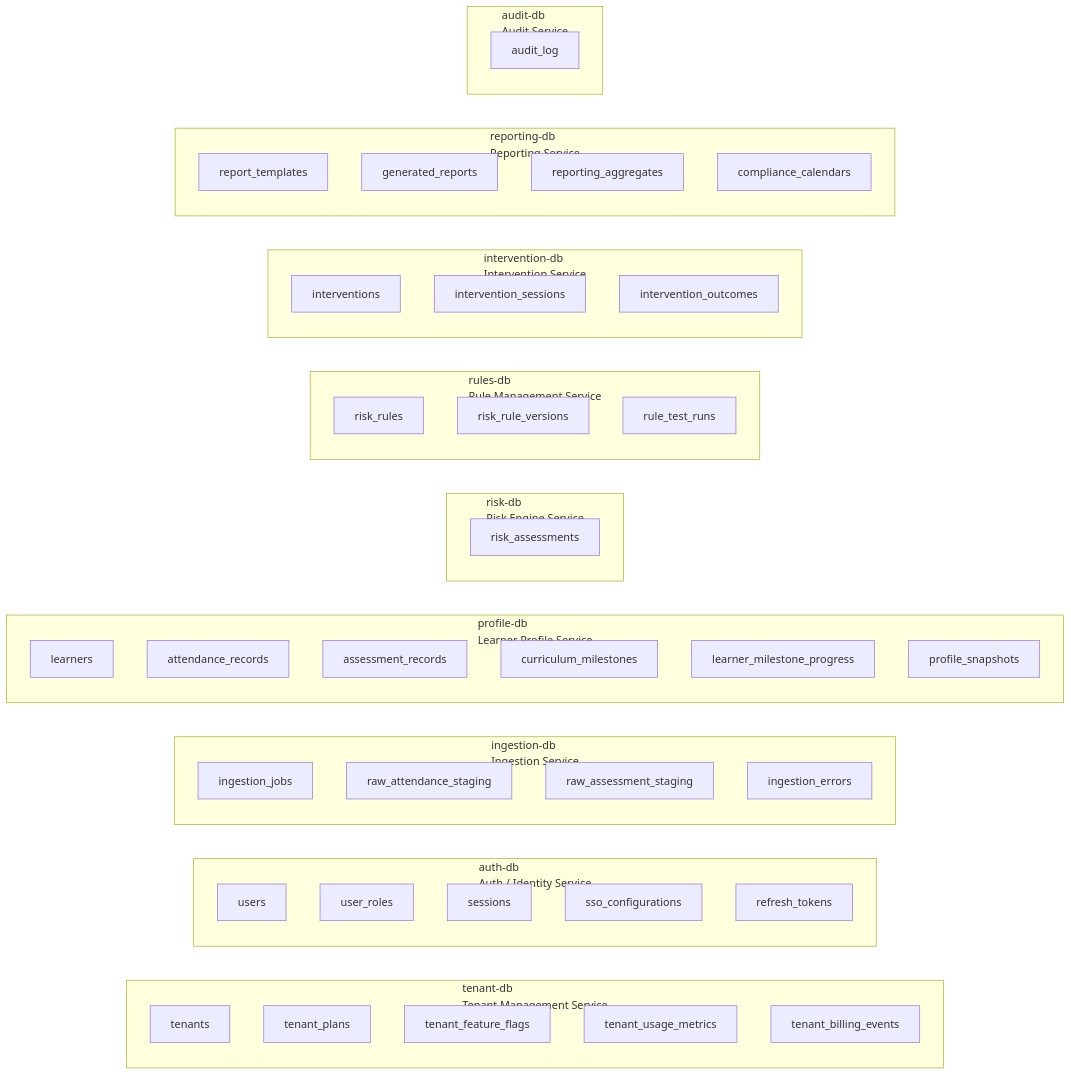
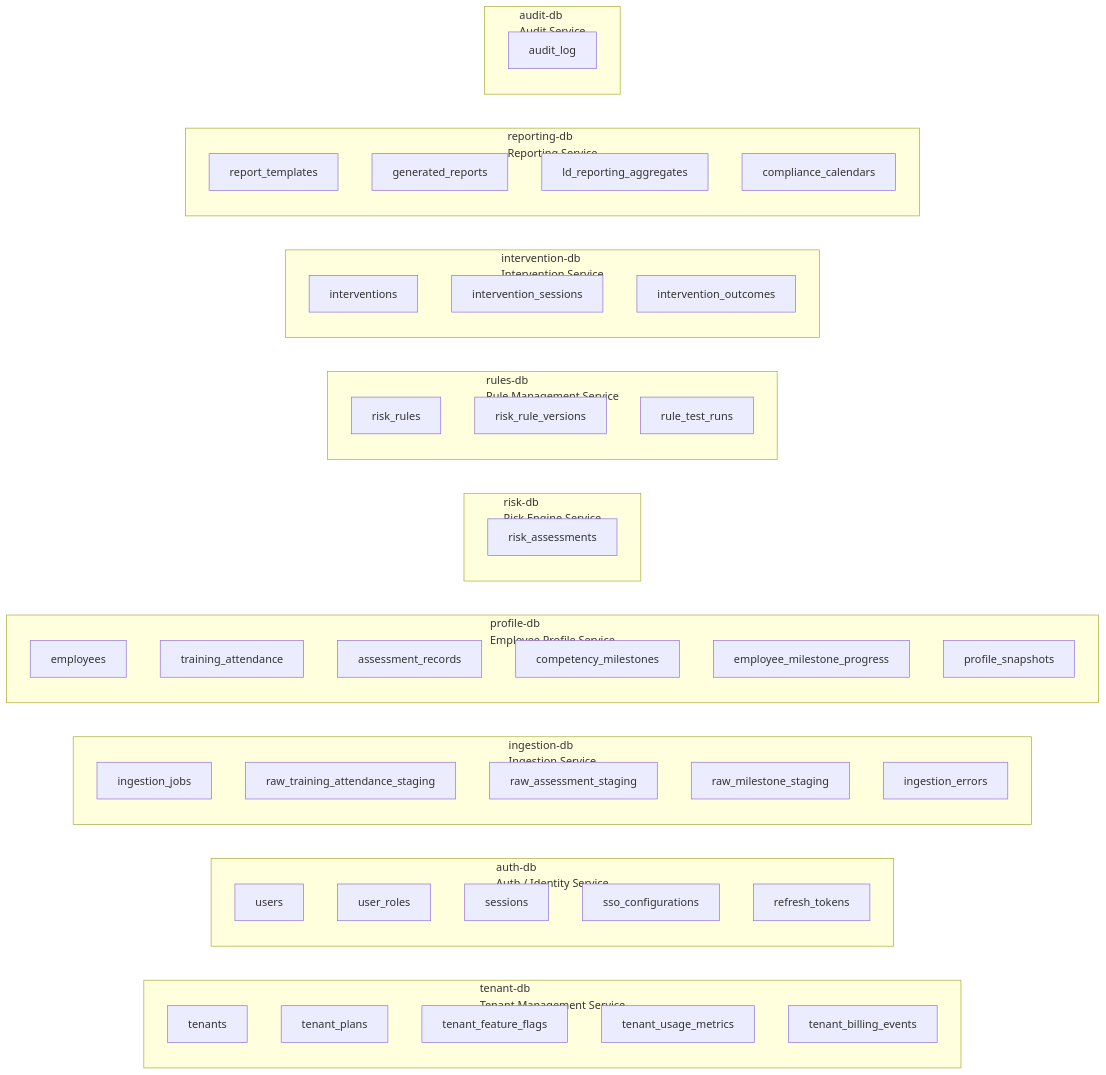
The third of 3 diagrams in L-D/.sasva/overview/02-database.md (taarak18/propeller), drawn with Mermaid before and after one commit. The commit also changed other lines of this file and 6 other files, not shown here.

````diff
--- a/L-D/.sasva/overview/02-database.md
+++ b/L-D/.sasva/overview/02-database.md
@@ -222,61 +224,62 @@
 ```mermaid
 graph LR
     subgraph TMS_DB["tenant-db\nTenant Management Service"]
         T1[tenants]
         T2[tenant_plans]
         T3[tenant_feature_flags]
         T4[tenant_usage_metrics]
         T5[tenant_billing_events]
     end
 
     subgraph AUTH_DB["auth-db\nAuth / Identity Service"]
         A1[users]
         A2[user_roles]
         A3[sessions]
         A4[sso_configurations]
         A5[refresh_tokens]
     end
 
     subgraph ING_DB["ingestion-db\nIngestion Service"]
         I1[ingestion_jobs]
-        I2[raw_attendance_staging]
+        I2[raw_training_attendance_staging]
         I3[raw_assessment_staging]
-        I4[ingestion_errors]
+        I4[raw_milestone_staging]
+        I5[ingestion_errors]
     end
 
-    subgraph PROF_DB["profile-db\nLearner Profile Service"]
-        P1[learners]
-        P2[attendance_records]
+    subgraph PROF_DB["profile-db\nEmployee Profile Service"]
+        P1[employees]
+        P2[training_attendance]
         P3[assessment_records]
-        P4[curriculum_milestones]
-        P5[learner_milestone_progress]
+        P4[competency_milestones]
+        P5[employee_milestone_progress]
         P6[profile_snapshots]
     end
 
     subgraph RISK_DB["risk-db\nRisk Engine Service"]
         R1[risk_assessments]
     end
 
     subgraph RULE_DB["rules-db\nRule Management Service"]
         RU1[risk_rules]
         RU2[risk_rule_versions]
         RU3[rule_test_runs]
     end
 
     subgraph INT_DB["intervention-db\nIntervention Service"]
         N1[interventions]
         N2[intervention_sessions]
         N3[intervention_outcomes]
     end
 
     subgraph RPT_DB["reporting-db\nReporting Service"]
         RE1[report_templates]
         RE2[generated_reports]
-        RE3[reporting_aggregates]
+        RE3[ld_reporting_aggregates]
         RE4[compliance_calendars]
     end
 
     subgraph AUD_DB["audit-db\nAudit Service"]
         AU1[audit_log]
     end
 ```
````
